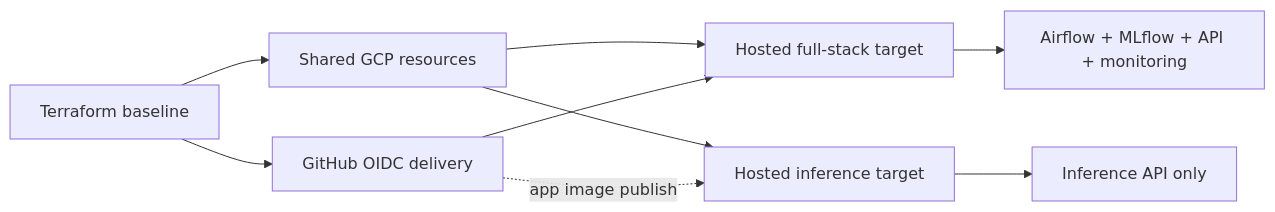
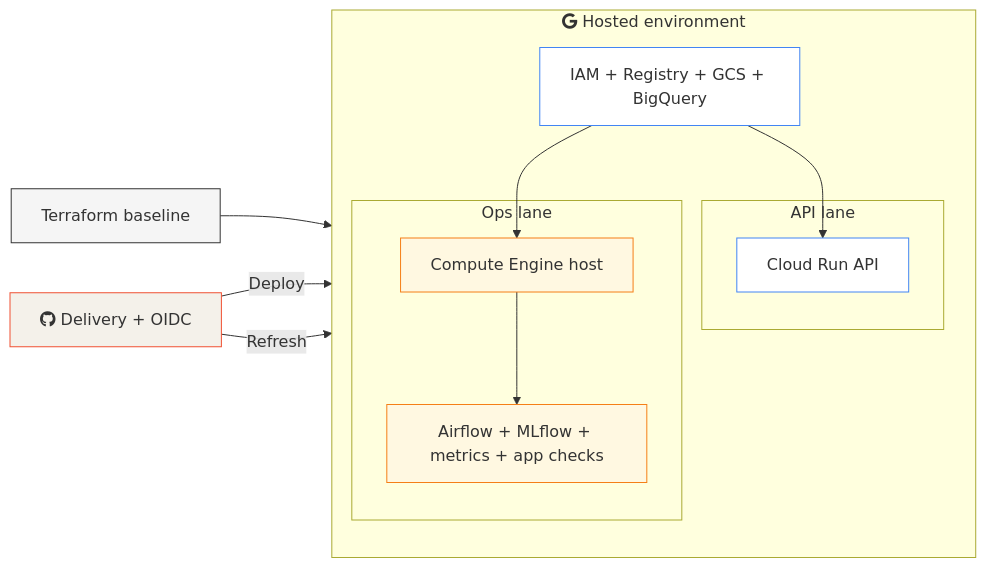
Before and after one commit to javihslu/foehncast: the second of 4 diagrams in docs/site/system/cloud-mapping.md, drawn with Mermaid. The commit also changed other lines of this file and 22 other files, not shown here.

Commit message:
docs(site): simplify Mermaid diagrams

```diff
--- a/docs/site/system/cloud-mapping.md
+++ b/docs/site/system/cloud-mapping.md
@@ -66,11 +99,33 @@
 <div class="mermaid">
 flowchart LR
-    TF[Terraform baseline] --> GCP[Shared GCP resources]
-    GCP --> HOST[Hosted full-stack target]
-    GCP --> RUN[Hosted inference target]
-    TF --> GH[GitHub OIDC delivery]
-    HOST --> STACK[Airflow + MLflow + API + monitoring]
-    RUN --> API[Inference API only]
-    GH --> HOST
-    GH -. app image publish .-> RUN
+    %% Styling
+    classDef infra fill:#f5f5f5,stroke:#333
+    classDef runner fill:#f4f1ea,stroke:#f05032
+    classDef platform fill:#fff,stroke:#4285F4
+    classDef operator fill:#fff8e1,stroke:#f57f17
+
+    TF["Terraform baseline"]:::infra
+    GH["fab:fa-github Delivery + OIDC"]:::runner
+
+    subgraph GCP ["fab:fa-google Hosted environment"]
+        direction TB
+        BASE["IAM + Registry + GCS + BigQuery"]:::platform
+
+        subgraph PublicLane ["API lane"]
+            RUN["Cloud Run API"]:::platform
+        end
+
+        subgraph PrivateLane ["Ops lane"]
+            HOST["Compute Engine host"]:::operator
+            OPS["Airflow + MLflow + metrics + app checks"]:::operator
+            HOST --> OPS
+        end
+
+        BASE --> RUN
+        BASE --> HOST
+    end
+
+    TF --> BASE
+    GH -- "Deploy" --> RUN
+    GH -- "Refresh" --> HOST
 </div>
```
